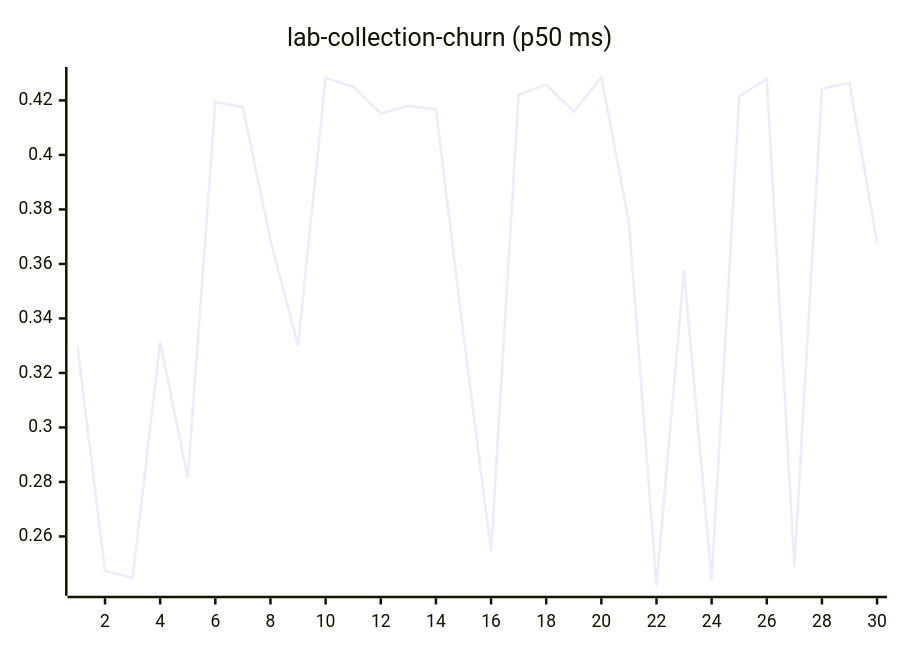
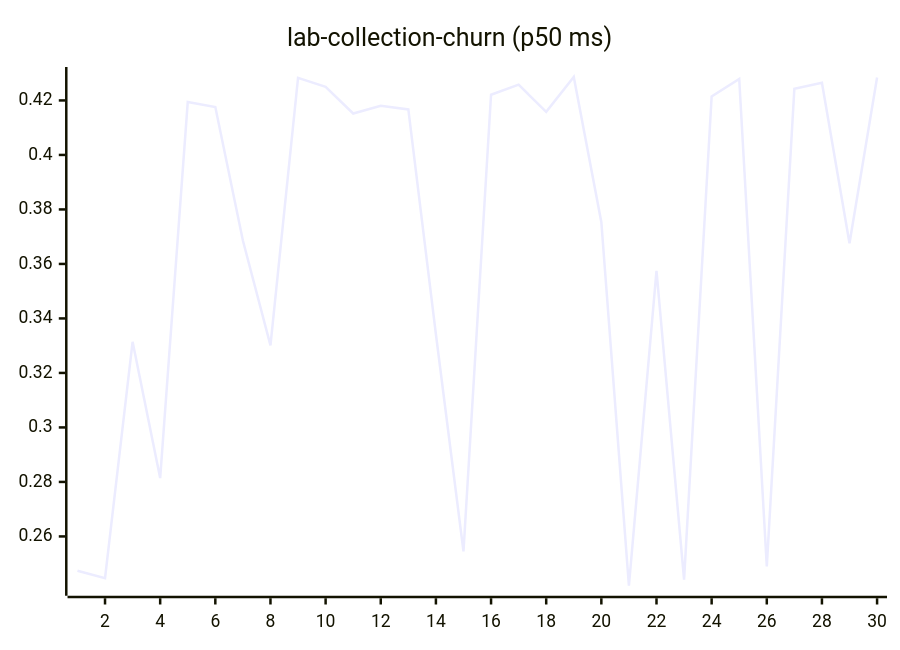
One commit to josha/Facet changed diagram 11 of 27 in README.md. Above: the diagram before and after it, drawn with Mermaid. The commit also changed other lines of this file and 2 other files, not shown here.

````diff
--- a/README.md
+++ b/README.md
@@ -133,6 +133,6 @@
 ```mermaid
 xychart-beta
     title "lab-collection-churn (p50 ms)"
     x-axis 1 --> 30
-    line [0.3297, 0.2474, 0.2447, 0.3314, 0.2814, 0.4194, 0.4176, 0.3686, 0.3301, 0.4283, 0.4250, 0.4152, 0.4180, 0.4167, 0.3342, 0.2545, 0.4221, 0.4258, 0.4158, 0.4286, 0.3753, 0.2419, 0.3575, 0.2441, 0.4215, 0.4279, 0.2490, 0.4243, 0.4265, 0.3676]
+    line [0.2474, 0.2447, 0.3314, 0.2814, 0.4194, 0.4176, 0.3686, 0.3301, 0.4283, 0.4250, 0.4152, 0.4180, 0.4167, 0.3342, 0.2545, 0.4221, 0.4258, 0.4158, 0.4286, 0.3753, 0.2419, 0.3575, 0.2441, 0.4215, 0.4279, 0.2490, 0.4243, 0.4265, 0.3676, 0.4284]
 ```
````
